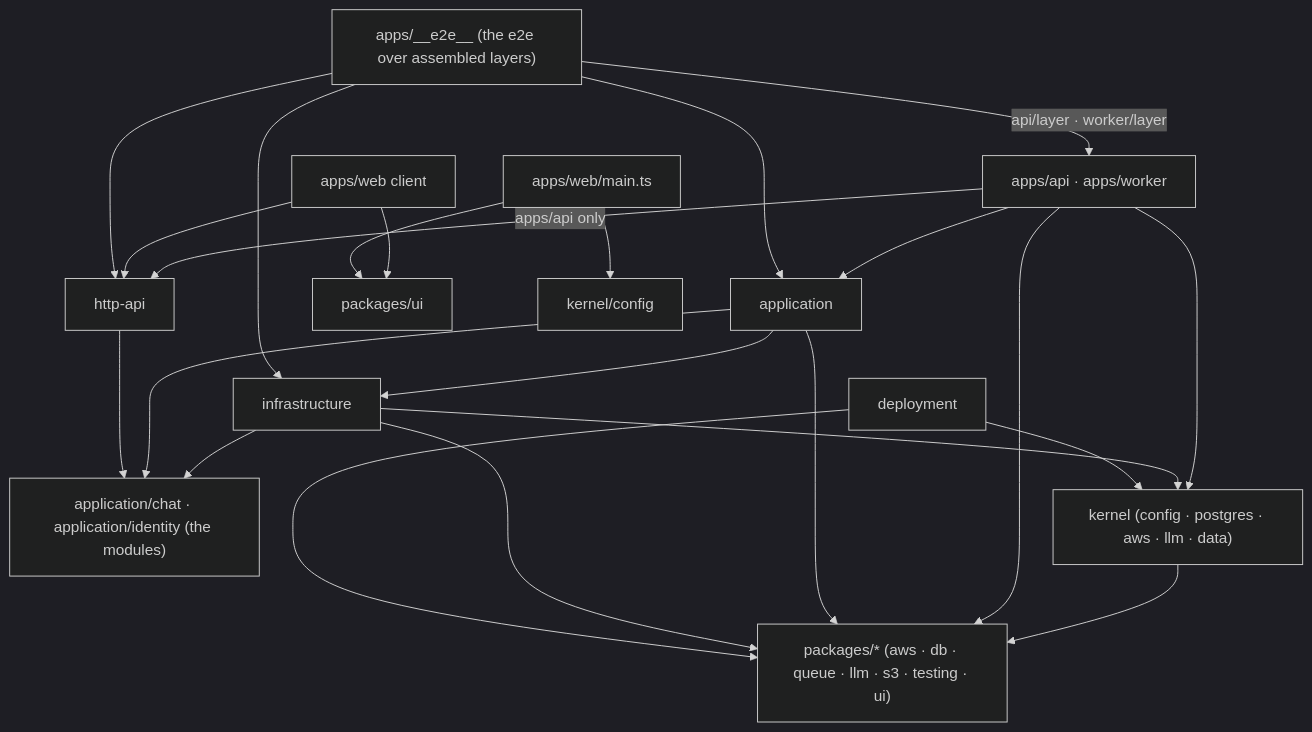
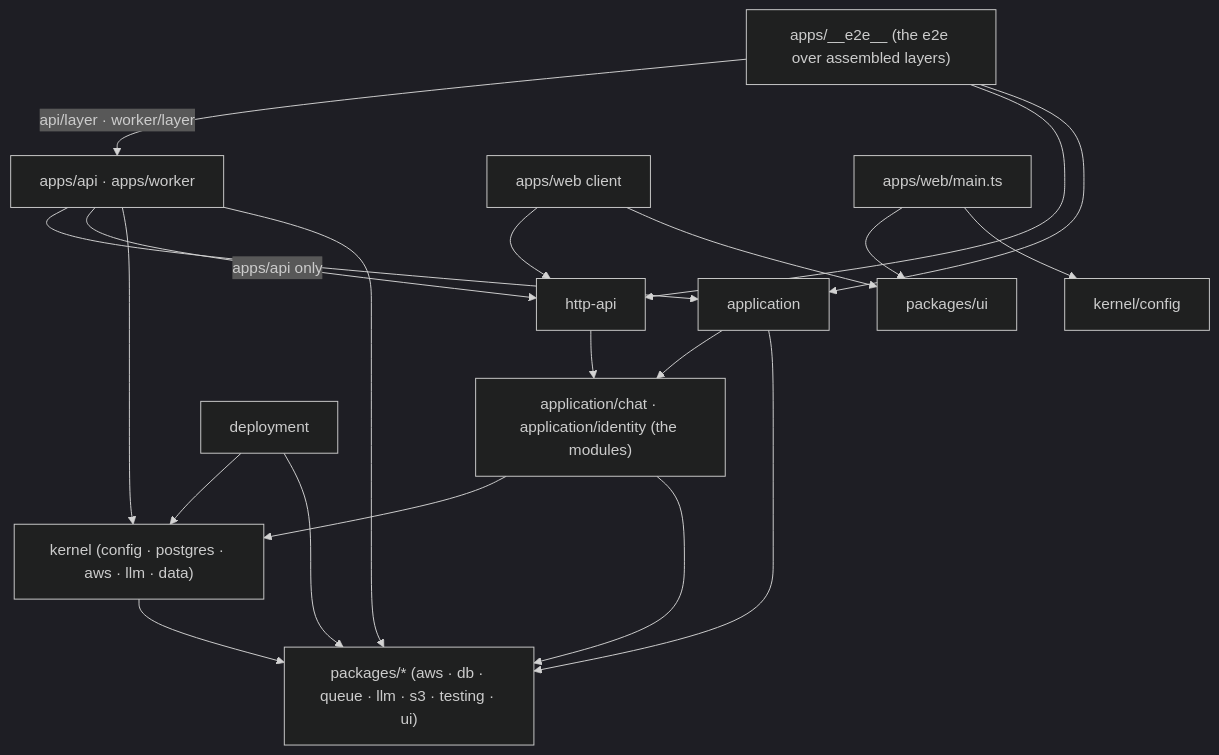
The diagram in docs/knowledge/architecture.md (khotei/app-template), drawn with Mermaid (dark theme) before and after one commit. The commit also changed other lines of this file and 57 other files, not shown here.

````diff
--- a/docs/knowledge/architecture.md
+++ b/docs/knowledge/architecture.md
@@ -12,25 +12,22 @@
 ```mermaid
 graph TD
   apps["apps/api · apps/worker"] --> application
-  application --> infrastructure
-  infrastructure --> modules
   application --> modules
   apps -->|"apps/api only"| httpApi["http-api"]
   httpApi --> modules["application/chat · application/identity (the modules)"]
   apps --> kernel["kernel (config · postgres · aws · llm · data)"]
-  infrastructure --> kernel
+  modules --> kernel
   kernel --> packages
   apps --> packages["packages/* (aws · db · queue · llm · s3 · testing · ui)"]
   application --> packages
-  infrastructure --> packages
+  modules --> packages
   web["apps/web client"] --> httpApi
   web --> ui["packages/ui"]
   webMain["apps/web/main.ts"] --> ui
   webMain --> config["kernel/config"]
   deployment --> kernel
   deployment --> packages
   e2e["apps/__e2e__ (the e2e over assembled layers)"] -->|"api/layer · worker/layer"| apps
   e2e --> httpApi
   e2e --> application
-  e2e --> infrastructure
 ```
````
